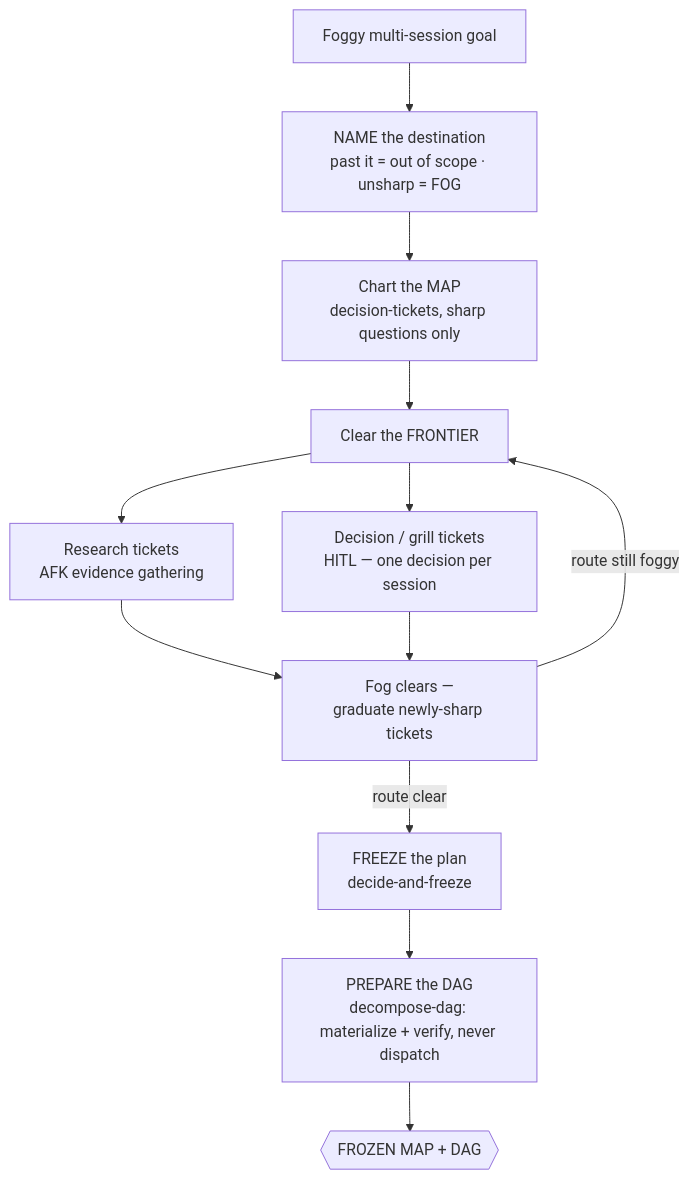
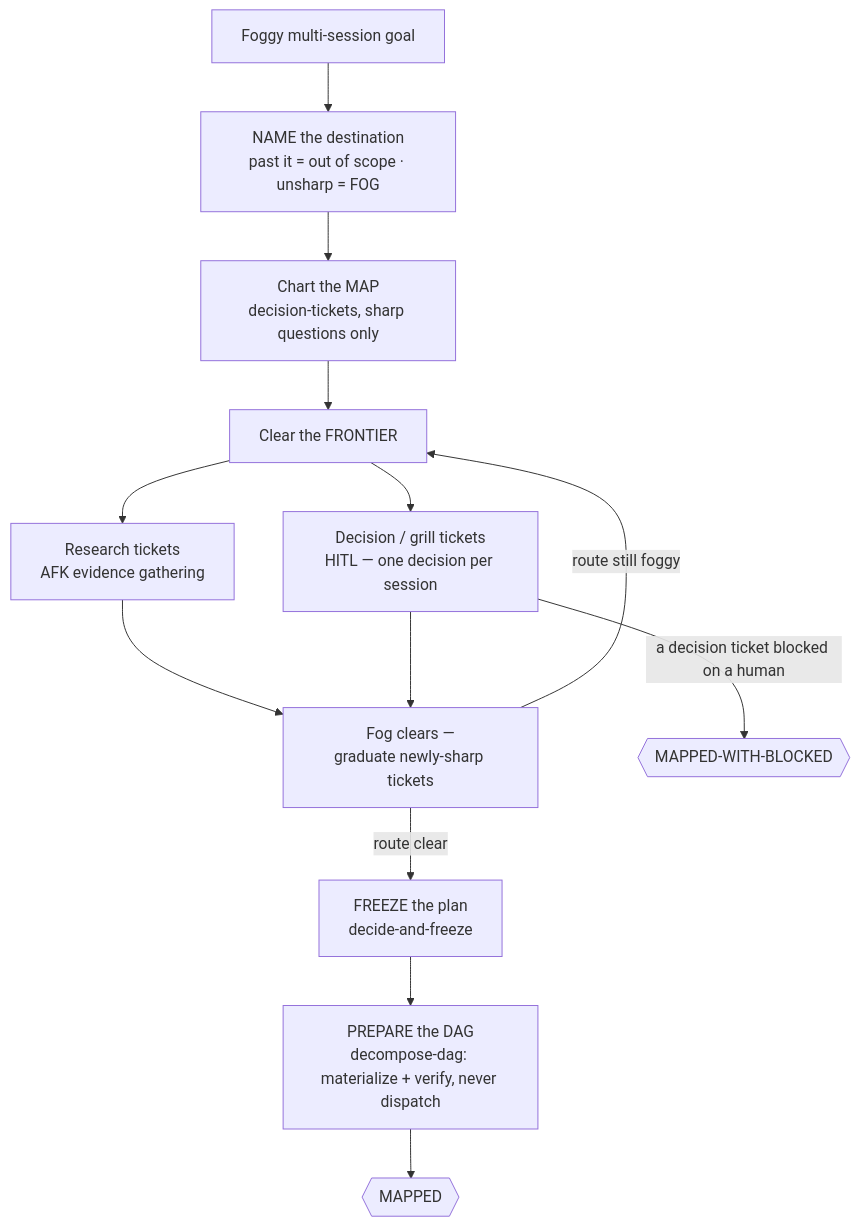
Before and after one commit to ravidsrk/orca-fleet: the diagram in docs/missions/map-it.md, drawn with Mermaid. The commit also changed other lines of this file and 23 other files, not shown here.

````diff
--- a/docs/missions/map-it.md
+++ b/docs/missions/map-it.md
@@ -58,14 +66,15 @@
 ```mermaid
 flowchart TD
     A[Foggy multi-session goal] --> B[NAME the destination<br/>past it = out of scope · unsharp = FOG]
     B --> C[Chart the MAP<br/>decision-tickets, sharp questions only]
     C --> D[Clear the FRONTIER]
     D --> E[Research tickets<br/>AFK evidence gathering]
     D --> F[Decision / grill tickets<br/>HITL — one decision per session]
     E --> G[Fog clears —<br/>graduate newly-sharp tickets]
     F --> G
     G -->|route still foggy| D
     G -->|route clear| H[FREEZE the plan<br/>decide-and-freeze]
     H --> I[PREPARE the DAG<br/>decompose-dag: materialize + verify, never dispatch]
-    I --> J{{FROZEN MAP + DAG}}
+    I --> J{{MAPPED}}
+    F -->|a decision ticket blocked on a human| K{{MAPPED-WITH-BLOCKED}}
 ```
````
